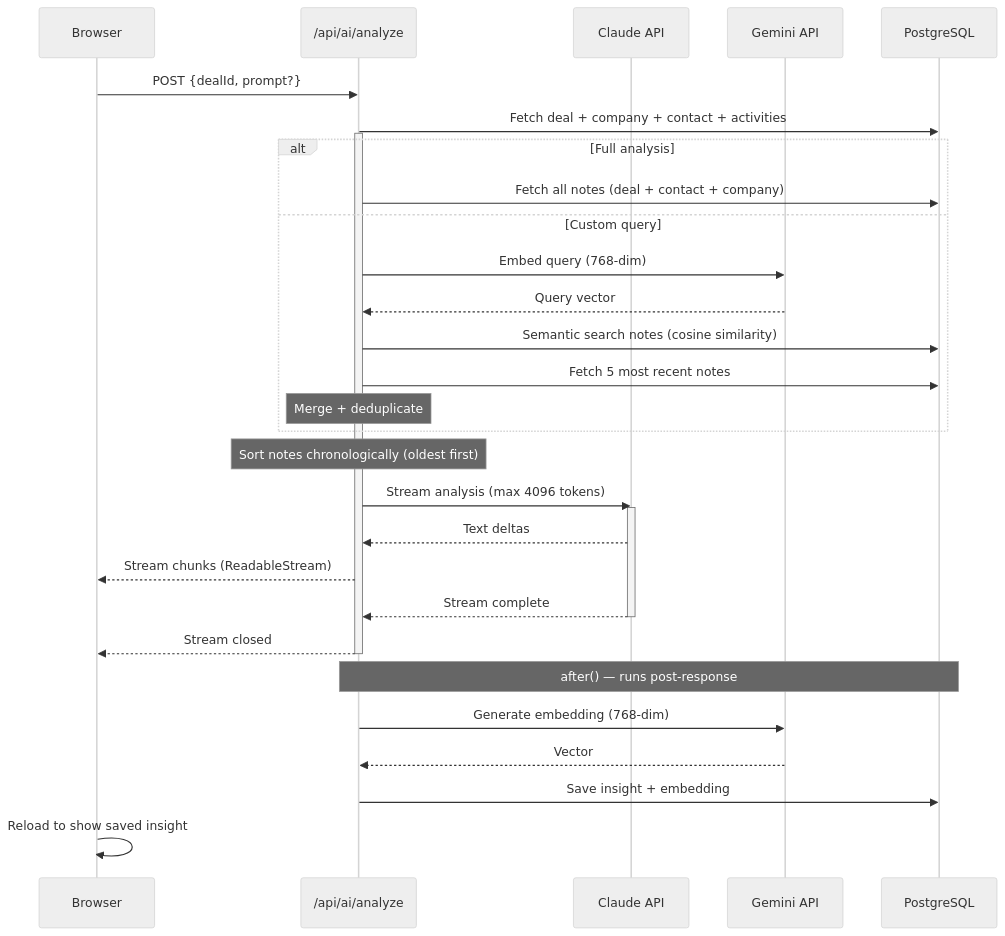
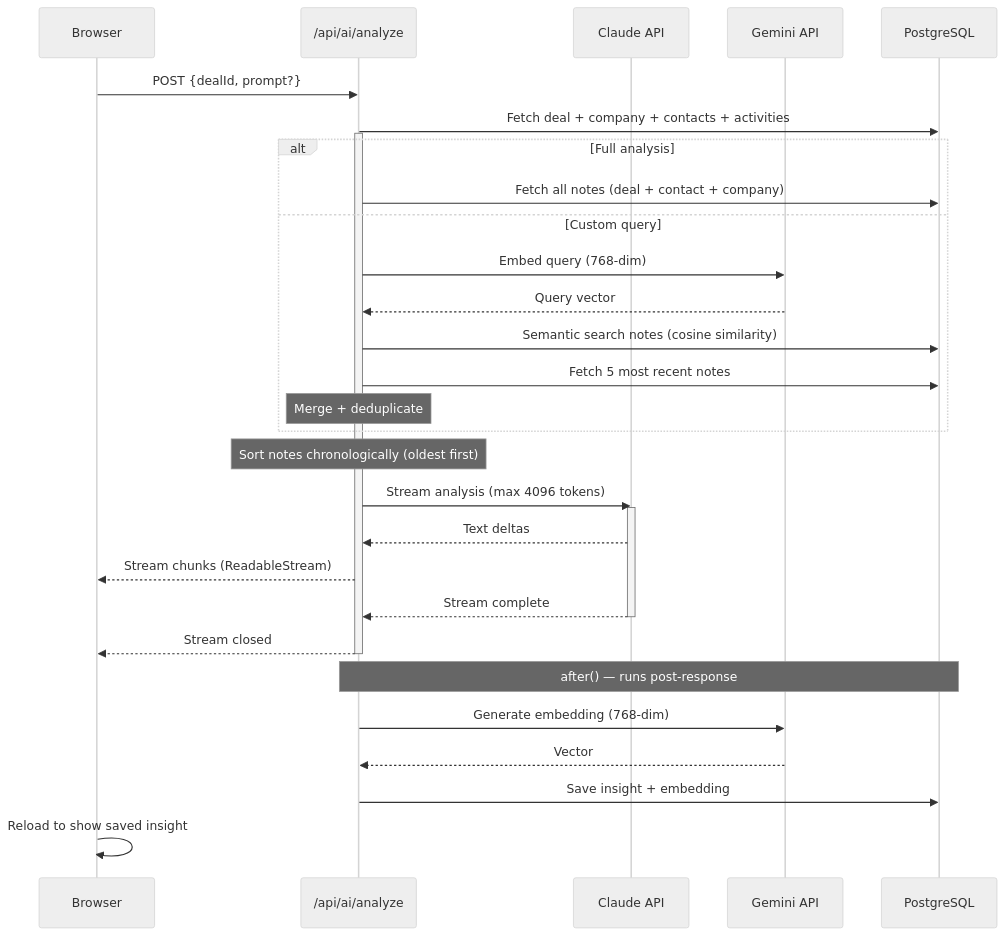
One commit to wenindoubt/admin.wenindoubt.com changed the diagram in docs/ai-pipeline.md. Above: the diagram before and after it, drawn with Mermaid (neutral theme). The commit also changed other lines of this file and 34 other files, not shown here.

````diff
--- a/docs/ai-pipeline.md
+++ b/docs/ai-pipeline.md
@@ -5,35 +5,35 @@
 ```mermaid
 sequenceDiagram
     participant Browser
     participant API as /api/ai/analyze
     participant Claude as Claude API
     participant Gemini as Gemini API
     participant DB as PostgreSQL
 
     Browser->>API: POST {dealId, prompt?}
-    API->>DB: Fetch deal + company + contact + activities
+    API->>DB: Fetch deal + company + contacts + activities
     activate API
     alt Full analysis
         API->>DB: Fetch all notes (deal + contact + company)
     else Custom query
         API->>Gemini: Embed query (768-dim)
         Gemini-->>API: Query vector
         API->>DB: Semantic search notes (cosine similarity)
         API->>DB: Fetch 5 most recent notes
         Note over API: Merge + deduplicate
     end
     Note over API: Sort notes chronologically (oldest first)
     API->>Claude: Stream analysis (max 4096 tokens)
     activate Claude
     Claude-->>API: Text deltas
     API-->>Browser: Stream chunks (ReadableStream)
     Claude-->>API: Stream complete
     deactivate Claude
     API-->>Browser: Stream closed
     deactivate API
     Note over API,DB: after() — runs post-response
     API->>Gemini: Generate embedding (768-dim)
     Gemini-->>API: Vector
     API->>DB: Save insight + embedding
     Browser->>Browser: Reload to show saved insight
 ```
````
